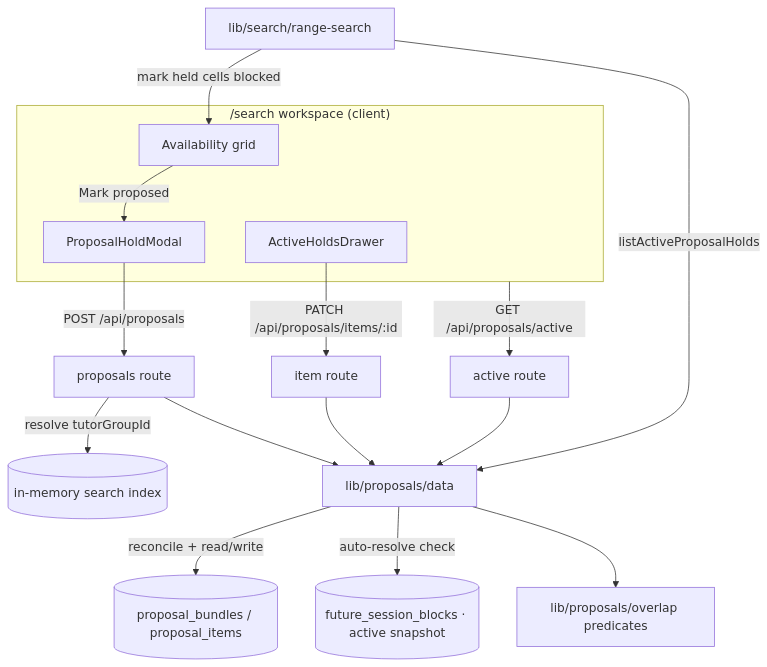
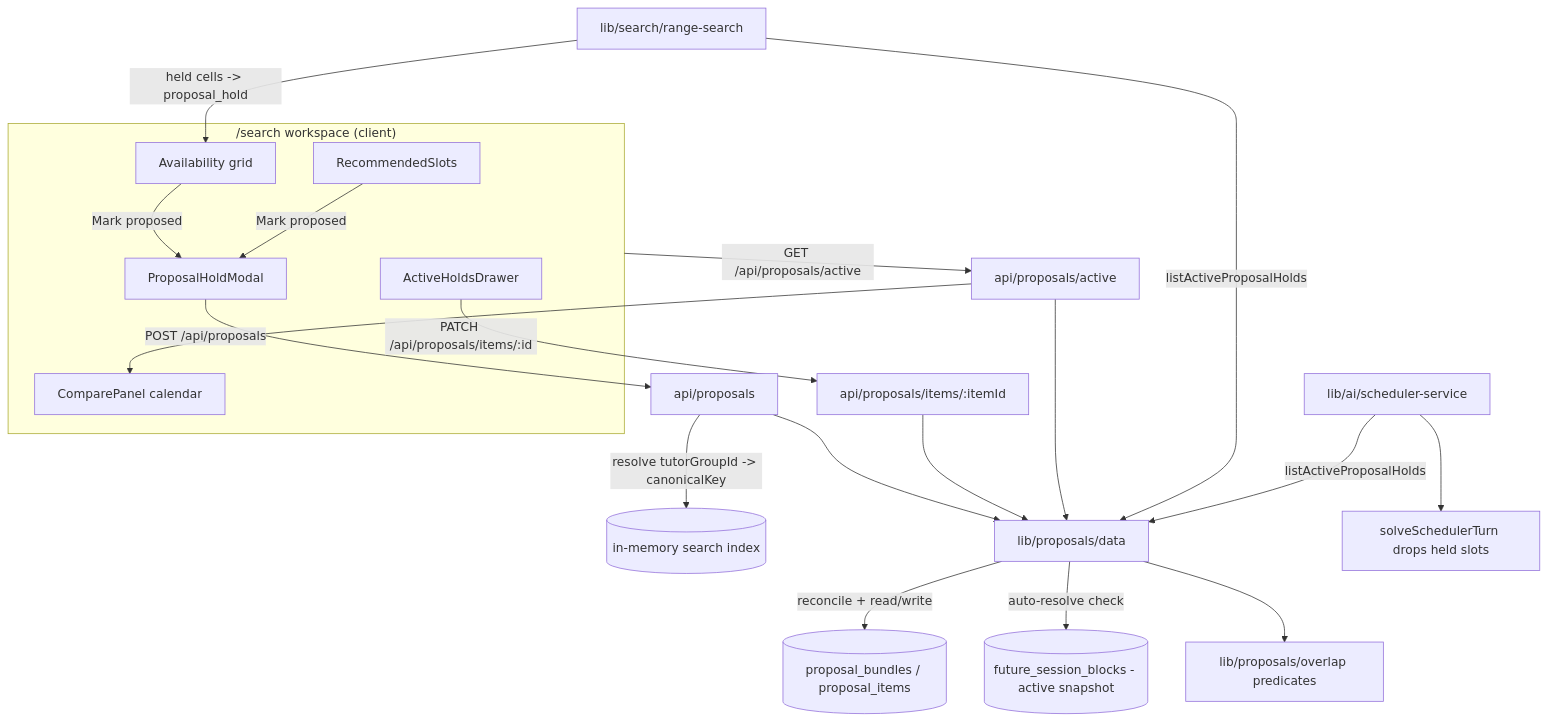
One commit to kasheesh711/bgscheduler changed the diagram in docs/features/proposals.md. Above: the diagram before and after it, drawn with Mermaid. The commit also changed other lines of this file and 71 other files, not shown here.

````diff
--- a/docs/features/proposals.md
+++ b/docs/features/proposals.md
@@ -48,23 +60,28 @@
 ```mermaid
 flowchart TD
     subgraph UI["/search workspace (client)"]
         Grid[Availability grid] -->|Mark proposed| Modal[ProposalHoldModal]
+        Reco[RecommendedSlots] -->|Mark proposed| Modal
         Drawer[ActiveHoldsDrawer]
+        Compare[ComparePanel calendar]
     end
 
-    Modal -->|POST /api/proposals| CreateRoute[proposals route]
-    Drawer -->|PATCH /api/proposals/items/:id| PatchRoute[item route]
-    UI -->|GET /api/proposals/active| ActiveRoute[active route]
+    Modal -->|POST /api/proposals| CreateRoute[api/proposals]
+    Drawer -->|PATCH /api/proposals/items/:id| PatchRoute[api/proposals/items/:itemId]
+    UI -->|GET /api/proposals/active| ActiveRoute[api/proposals/active]
 
-    CreateRoute -->|resolve tutorGroupId| Index[(in-memory search index)]
+    CreateRoute -->|resolve tutorGroupId -> canonicalKey| Index[(in-memory search index)]
     CreateRoute --> Data[lib/proposals/data]
     PatchRoute --> Data
     ActiveRoute --> Data
 
     Data -->|reconcile + read/write| DB[(proposal_bundles / proposal_items)]
-    Data -->|auto-resolve check| Wise[(future_session_blocks · active snapshot)]
+    Data -->|auto-resolve check| Wise[(future_session_blocks - active snapshot)]
     Data --> Overlap[lib/proposals/overlap predicates]
 
     RangeSearch[lib/search/range-search] -->|listActiveProposalHolds| Data
-    RangeSearch -->|mark held cells blocked| Grid
+    RangeSearch -->|held cells -> proposal_hold| Grid
+    AI[lib/ai/scheduler-service] -->|listActiveProposalHolds| Data
+    AI --> Solver[solveSchedulerTurn drops held slots]
+    ActiveRoute --> Compare
 ```
````
